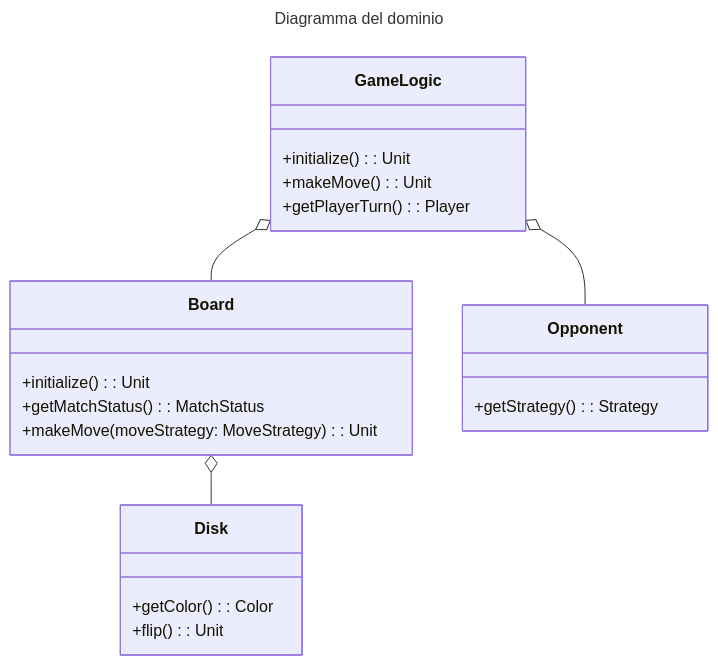
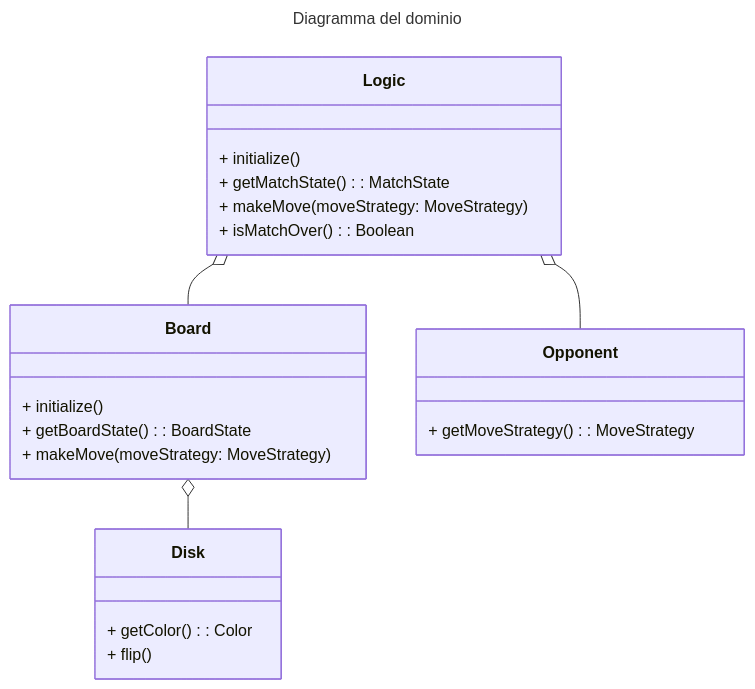
Before and after one commit to Borgotto/PPS-25-scalatello: the diagram in docs/report/3-requirements.md, drawn with Mermaid. The commit also changed 1 other file, not shown here.

Commit message:
refine domain and architectural diagrams

````diff
--- a/docs/report/3-requirements.md
+++ b/docs/report/3-requirements.md
@@ -26,27 +26,28 @@
 ```mermaid
 ---
 title: Diagramma del dominio
 ---
 classDiagram
-  class Disk{
-    +getColor(): Color
-    +flip(): Unit
+  class Disk {
+    + getColor(): Color
+    + flip()
   }
-  class Board{
-    +initialize(): Unit
-    +getMatchStatus(): MatchStatus
-    +makeMove(moveStrategy: MoveStrategy): Unit
+  class Board {
+    + initialize()
+    + getBoardState(): BoardState
+    + makeMove(moveStrategy: MoveStrategy)
   }
-  class GameLogic {
-    +initialize(): Unit
-    +makeMove(): Unit
-    +getPlayerTurn(): Player
+  class Logic {
+    + initialize()
+    + getMatchState(): MatchState
+    + makeMove(moveStrategy: MoveStrategy)
+    + isMatchOver(): Boolean
   }
   class Opponent {
-    +getStrategy(): Strategy
+    + getMoveStrategy(): MoveStrategy
   }
 
-  GameLogic o-- Board
-  GameLogic o-- Opponent
+  Logic o-- Board
+  Logic o-- Opponent
   Board o-- Disk
 ```
````
